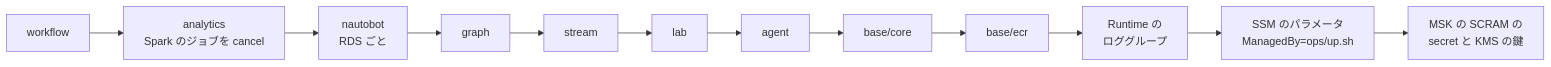
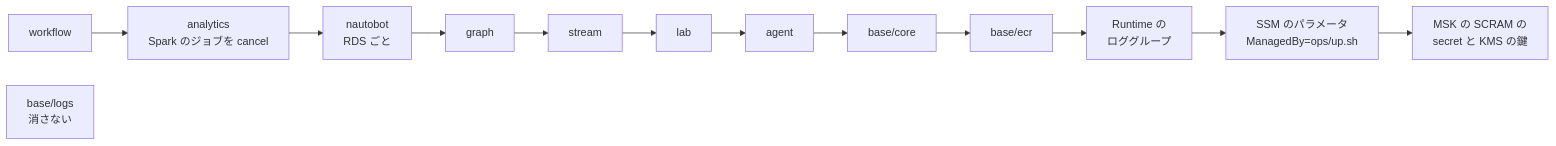
Before and after one commit to eddie-eights/nwc-poc: the diagram in docs/deploy.md, drawn with Mermaid. The commit also changed other lines of this file and 14 other files, not shown here.

````diff
--- a/docs/deploy.md
+++ b/docs/deploy.md
@@ -292,4 +294,5 @@
 ```mermaid
 flowchart LR
   A["workflow"] --> B["analytics<br/>Spark のジョブを cancel"] --> N["nautobot<br/>RDS ごと"] --> C["graph"] --> D["stream"] --> E["lab"] --> F["agent"] --> G["base/core"] --> H["base/ecr"] --> I["Runtime の<br/>ロググループ"] --> J["SSM のパラメータ<br/>ManagedBy=ops/up.sh"] --> K["MSK の SCRAM の<br/>secret と KMS の鍵"]
+  L["base/logs<br/>消さない"]
 ```
````
